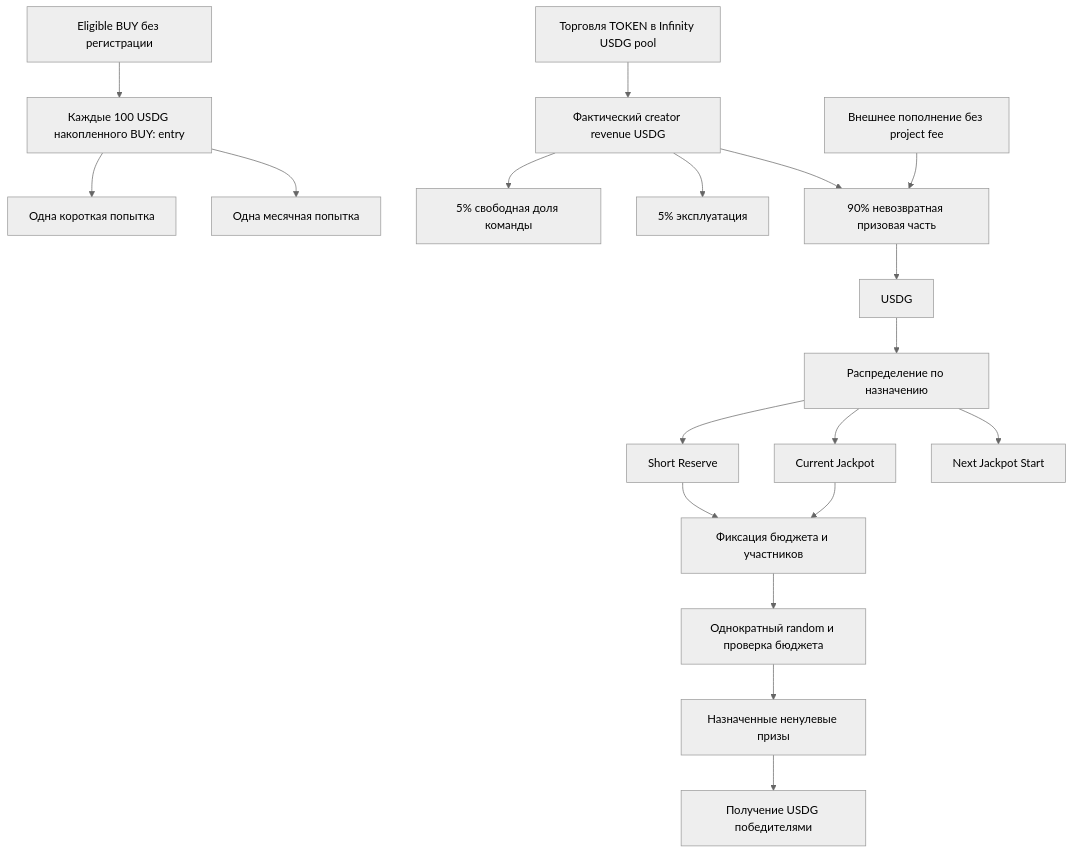
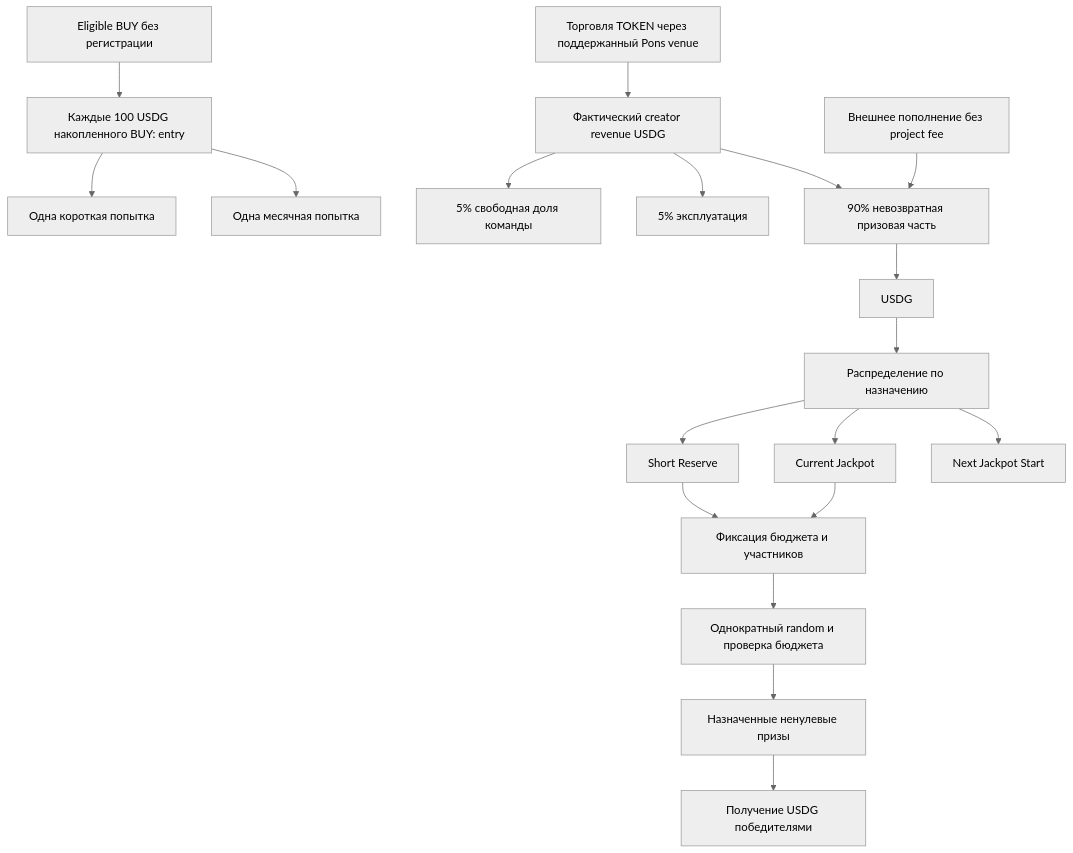
One commit to Marapu1a/rh_project changed the diagram in docs/PRODUCT_SPEC.md. Above: the diagram before and after it, drawn with Mermaid (neutral theme). The commit also changed other lines of this file and 24 other files, not shown here.

````diff
--- a/docs/PRODUCT_SPEC.md
+++ b/docs/PRODUCT_SPEC.md
@@ -98,21 +100,21 @@
 ```mermaid
 flowchart TD
-    Trade[Торговля TOKEN в Infinity USDG pool] --> Fees[Фактический creator revenue USDG]
+    Trade[Торговля TOKEN через поддержанный Pons venue] --> Fees[Фактический creator revenue USDG]
     Buy[Eligible BUY без регистрации] --> Entry[Каждые 100 USDG накопленного BUY: entry]
     Entry --> ShortTry[Одна короткая попытка]
     Entry --> MonthTry[Одна месячная попытка]
     Fees --> Project[5% свободная доля команды]
     Fees --> Ops[5% эксплуатация]
     Fees --> Prize[90% невозвратная призовая часть]
     External[Внешнее пополнение без project fee] --> Prize
     Prize --> USDG
     USDG --> Allocate[Распределение по назначению]
     Allocate --> S[Short Reserve]
     Allocate --> J[Current Jackpot]
     Allocate --> N[Next Jackpot Start]
     S --> Draw[Фиксация бюджета и участников]
     J --> Draw
     Draw --> Result[Однократный random и проверка бюджета]
     Result --> Debt[Назначенные ненулевые призы]
     Debt --> Claim[Получение USDG победителями]
 ```
````
